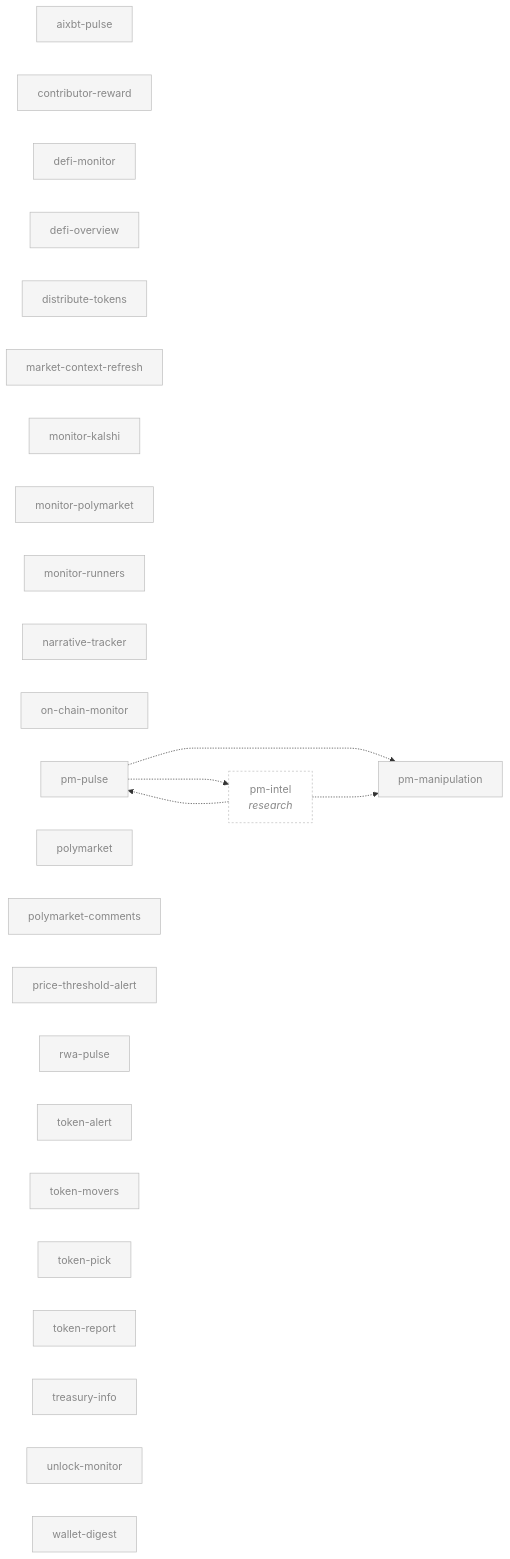
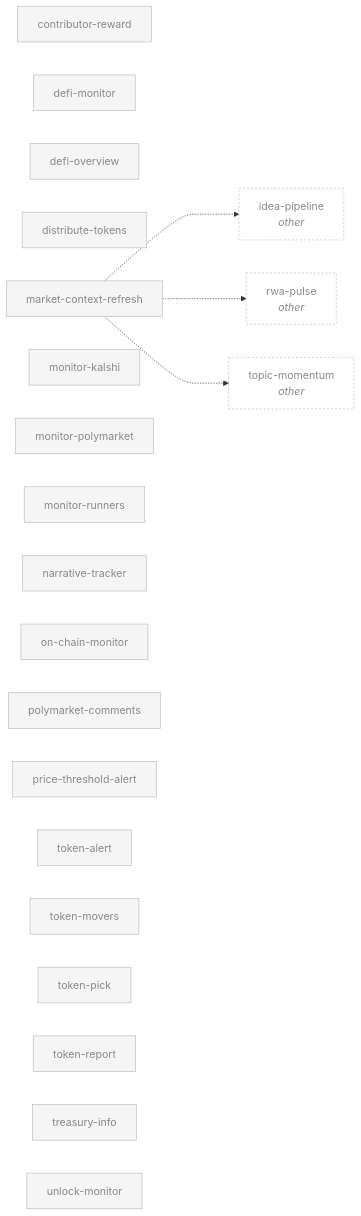
One commit to swarm-ai-research/aeon changed the fifth of 8 diagrams in docs/skill-graph.md. Above: the diagram before and after it, drawn with Mermaid. The commit also changed other lines of this file and 2 other files, not shown here.

First line of the commit message:
docs(skill-graph): regenerate map (SKILL_GRAPH_NEW — 172 skills, 43 enabled)

````diff
--- a/docs/skill-graph.md
+++ b/docs/skill-graph.md
@@ -271,62 +234,53 @@
 ```mermaid
 flowchart LR
     classDef enabled fill:#fff,stroke:#000,stroke-width:2px,color:#000
     classDef disabled fill:#f5f5f5,stroke:#bbb,color:#888
     classDef external fill:none,stroke:#bbb,stroke-dasharray:3 3,color:#888
-    aixbt-pulse["aixbt-pulse"]
     contributor-reward["contributor-reward"]
     defi-monitor["defi-monitor"]
     defi-overview["defi-overview"]
     distribute-tokens["distribute-tokens"]
     market-context-refresh["market-context-refresh"]
     monitor-kalshi["monitor-kalshi"]
     monitor-polymarket["monitor-polymarket"]
     monitor-runners["monitor-runners"]
     narrative-tracker["narrative-tracker"]
     on-chain-monitor["on-chain-monitor"]
-    pm-manipulation["pm-manipulation"]
-    pm-pulse["pm-pulse"]
-    polymarket["polymarket"]
     polymarket-comments["polymarket-comments"]
     price-threshold-alert["price-threshold-alert"]
-    rwa-pulse["rwa-pulse"]
     token-alert["token-alert"]
     token-movers["token-movers"]
     token-pick["token-pick"]
     token-report["token-report"]
     treasury-info["treasury-info"]
     unlock-monitor["unlock-monitor"]
-    wallet-digest["wallet-digest"]
-    pm-pulse -..-> pm-manipulation
-    pm-intel["pm-intel<br/><i>research</i>"]
-    pm-intel -..-> pm-manipulation
-    pm-intel -..-> pm-pulse
-    pm-pulse -..-> pm-intel
-    click aixbt-pulse "../skills/aixbt-pulse/SKILL.md"
+    idea-pipeline["idea-pipeline<br/><i>other</i>"]
+    rwa-pulse["rwa-pulse<br/><i>other</i>"]
+    topic-momentum["topic-momentum<br/><i>other</i>"]
+    market-context-refresh -..-> idea-pipeline
+    market-context-refresh -..-> rwa-pulse
+    market-context-refresh -..-> topic-momentum
     click contributor-reward "../skills/contributor-reward/SKILL.md"
     click defi-monitor "../skills/defi-monitor/SKILL.md"
     click defi-overview "../skills/defi-overview/SKILL.md"
     click distribute-tokens "../skills/distribute-tokens/SKILL.md"
     click market-context-refresh "../skills/market-context-refresh/SKILL.md"
     click monitor-kalshi "../skills/monitor-kalshi/SKILL.md"
     click monitor-polymarket "../skills/monitor-polymarket/SKILL.md"
     click monitor-runners "../skills/monitor-runners/SKILL.md"
     click narrative-tracker "../skills/narrative-tracker/SKILL.md"
     click on-chain-monitor "../skills/on-chain-monitor/SKILL.md"
-    click pm-manipulation "../skills/pm-manipulation/SKILL.md"
-    click pm-pulse "../skills/pm-pulse/SKILL.md"
-    click polymarket "../skills/polymarket/SKILL.md"
     click polymarket-comments "../skills/polymarket-comments/SKILL.md"
     click price-threshold-alert "../skills/price-threshold-alert/SKILL.md"
-    click rwa-pulse "../skills/rwa-pulse/SKILL.md"
     click token-alert "../skills/token-alert/SKILL.md"
     click token-movers "../skills/token-movers/SKILL.md"
     click token-pick "../skills/token-pick/SKILL.md"
     click token-report "../skills/token-report/SKILL.md"
     click treasury-info "../skills/treasury-info/SKILL.md"
     click unlock-monitor "../skills/unlock-monitor/SKILL.md"
-    click wallet-digest "../skills/wallet-digest/SKILL.md"
-    click pm-intel "../skills/pm-intel/SKILL.md"
-    class aixbt-pulse,contributor-reward,defi-monitor,defi-overview,distribute-tokens,market-context-refresh,monitor-kalshi,monitor-polymarket,monitor-runners,narrative-tracker,on-chain-monitor,pm-manipulation,pm-pulse,polymarket,polymarket-comments,price-threshold-alert,rwa-pulse,token-alert,token-movers,token-pick,token-report,treasury-info,unlock-monitor,wallet-digest disabled
-    class pm-intel external
+    click idea-pipeline "../skills/idea-pipeline/SKILL.md"
+    click rwa-pulse "../skills/rwa-pulse/SKILL.md"
+    click topic-momentum "../skills/topic-momentum/SKILL.md"
+    class contributor-reward,defi-monitor,defi-overview,distribute-tokens,market-context-refresh,monitor-kalshi,monitor-polymarket,monitor-runners,narrative-tracker,on-chain-monitor,polymarket-comments,price-threshold-alert,token-alert,token-movers,token-pick,token-report,treasury-info,unlock-monitor disabled
+    class idea-pipeline,rwa-pulse,topic-momentum external
 ```
````
